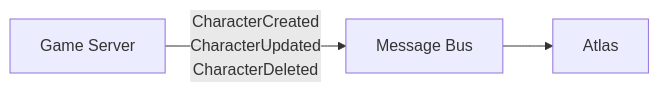
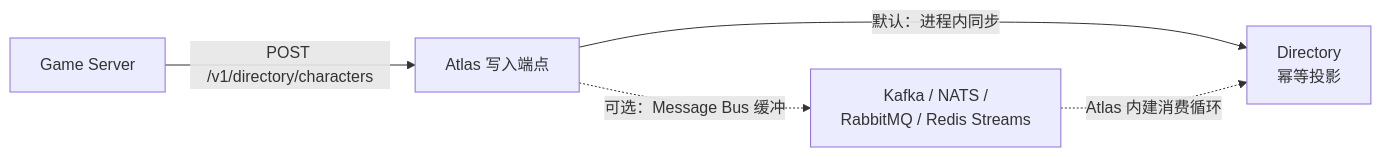
One commit to cuihairu/atlas changed the first of 5 diagrams in docs/sync.md. Above: the diagram before and after it, drawn with Mermaid. The commit also changed other lines of this file and 5 other files, not shown here.

First line of the commit message:
docs: 修正角色事件流向图 — 写接口是唯一入口,消息队列段在 Atlas 内部,游戏服务器不直连 broker

````diff
--- a/docs/sync.md
+++ b/docs/sync.md
@@ -48,9 +51,7 @@
 ```mermaid
 flowchart LR
-    GS["Game Server"]
-    BUS["Message Bus"]
-    ATLAS["Atlas"]
-
-    GS -->|"CharacterCreated<br/>CharacterUpdated<br/>CharacterDeleted"| BUS
-    BUS --> ATLAS
+    GS["Game Server"] -->|"POST /v1/directory/characters"| EP["Atlas 写入端点"]
+    EP -->|"默认：进程内同步"| DIR["Directory<br/>幂等投影"]
+    EP -.->|"可选：Message Bus 缓冲"| BUS["Kafka / NATS /<br/>RabbitMQ / Redis Streams"]
+    BUS -.->|"Atlas 内建消费循环"| DIR
 ```
````
